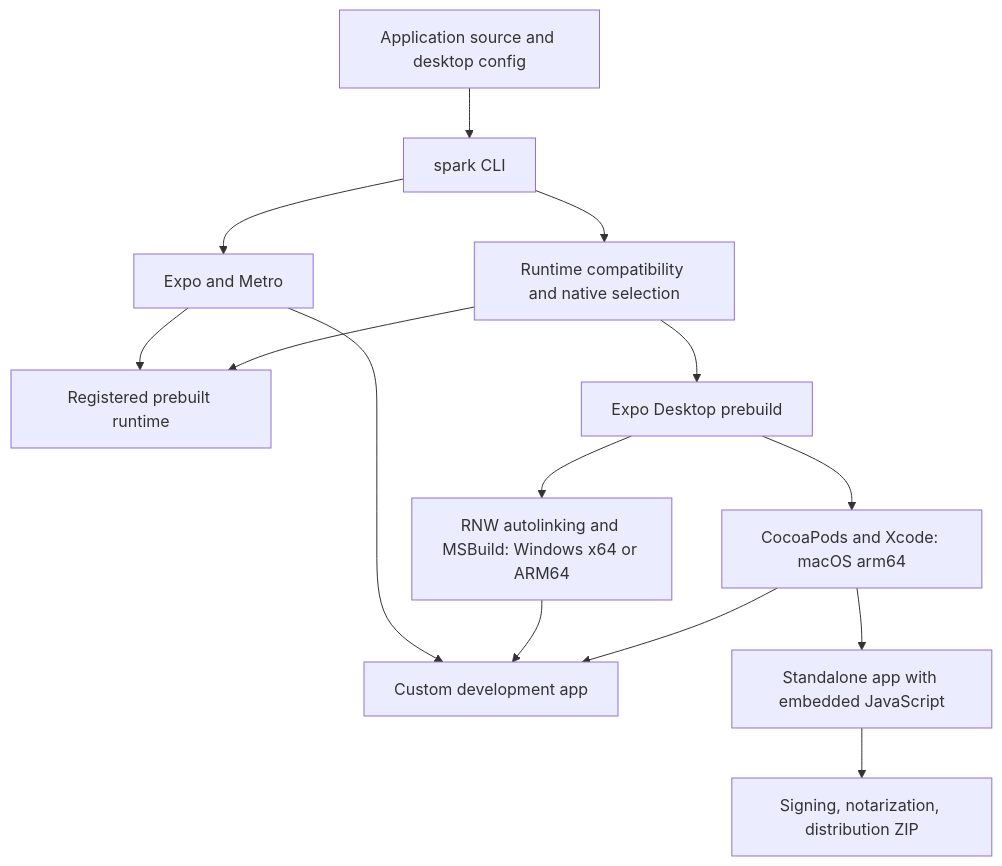
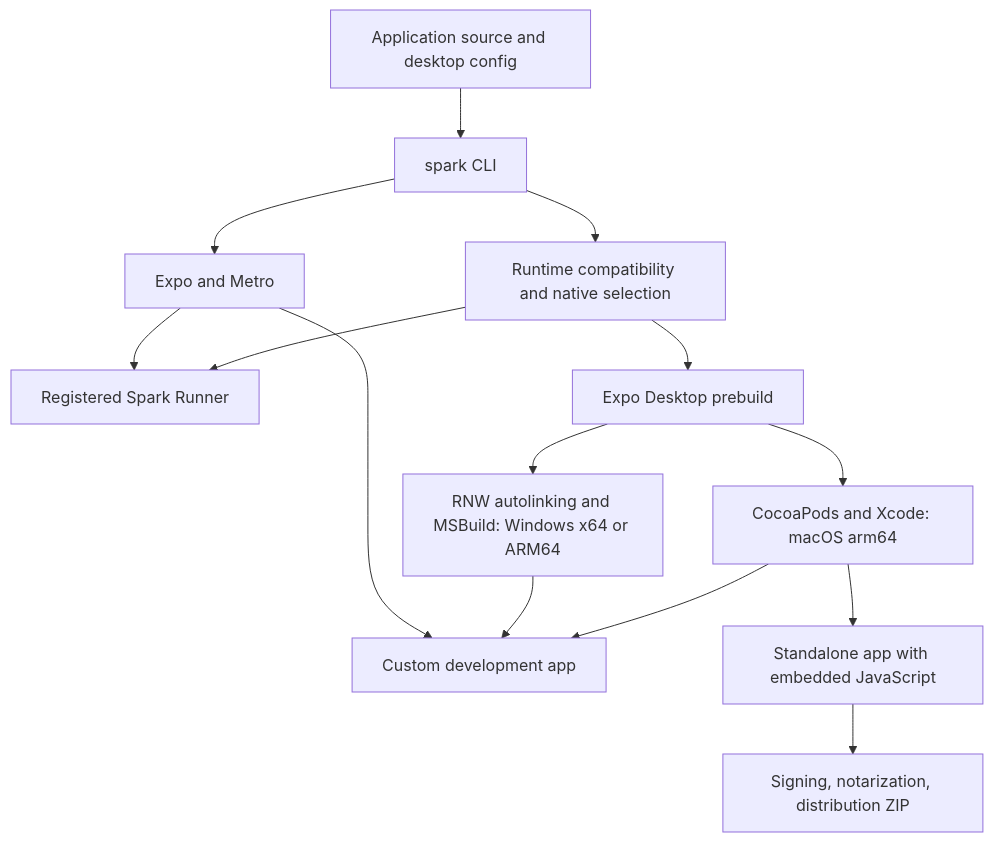
One commit to LegendApp/legend-frame changed the diagram in ARCHITECTURE.md. Above: the diagram before and after it, drawn with Mermaid. The commit also changed other lines of this file and 195 other files, not shown here.

````diff
--- a/ARCHITECTURE.md
+++ b/ARCHITECTURE.md
@@ -20,16 +20,16 @@
 ```mermaid
 flowchart TD
   App[Application source and desktop config] --> CLI[spark CLI]
   CLI --> Metro[Expo and Metro]
   CLI --> Check[Runtime compatibility and native selection]
-  Check --> prebuilt[Registered prebuilt runtime]
+  Check --> prebuilt[Registered Spark Runner]
   Check --> Build[Expo Desktop prebuild]
   Build --> Mac[CocoaPods and Xcode: macOS arm64]
   Build --> Win[RNW autolinking and MSBuild: Windows x64 or ARM64]
   Mac --> Dev[Custom development app]
   Win --> Dev
   Mac --> Release[Standalone app with embedded JavaScript]
   Metro --> prebuilt
   Metro --> Dev
   Release --> Package[Signing, notarization, distribution ZIP]
 ```
````
